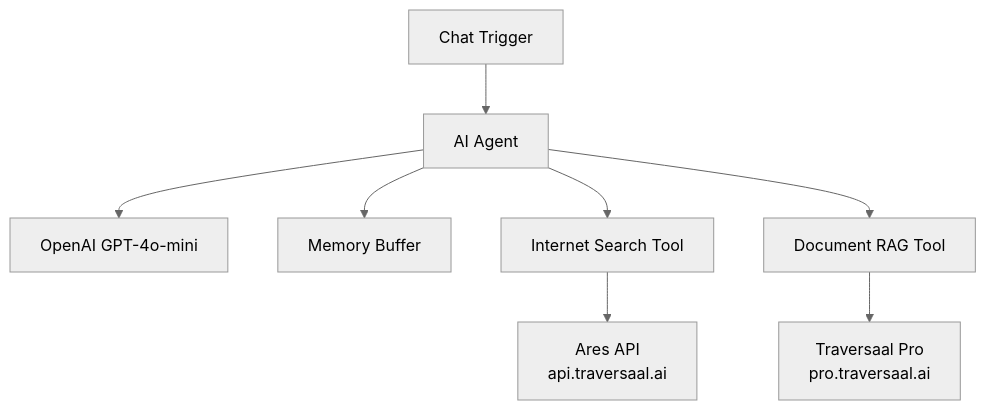
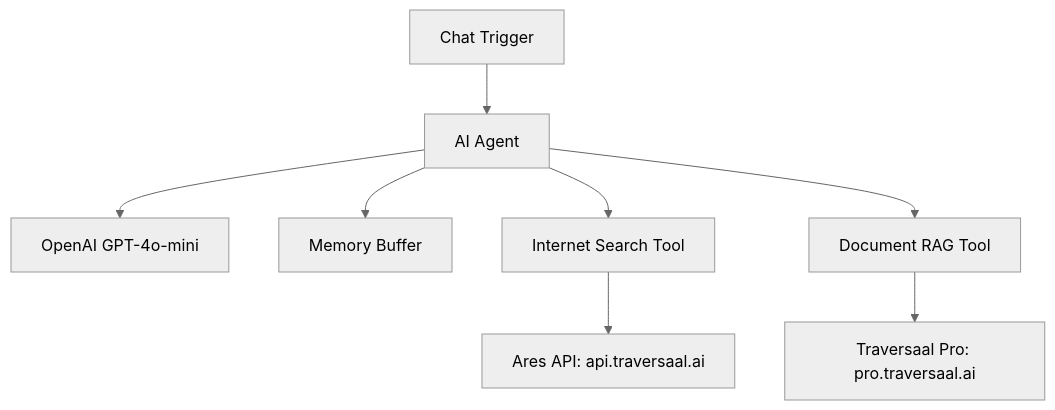
The diagram in simplest-rag-internet-search/readme.md (traversaal-ai/agents-in-action), drawn with Mermaid (neutral theme) before and after one commit.

````diff
--- a/simplest-rag-internet-search/readme.md
+++ b/simplest-rag-internet-search/readme.md
@@ -20,11 +20,11 @@
 ```mermaid
 graph TD
     A[Chat Trigger] --> B[AI Agent]
     B --> C[OpenAI GPT-4o-mini]
     B --> D[Memory Buffer]
     B --> E[Internet Search Tool]
     B --> F[Document RAG Tool]
 
-    E --> G[Ares API\napi.traversaal.ai]
-    F --> H[Traversaal Pro\npro.traversaal.ai]
+    E --> G[Ares API: api.traversaal.ai]
+    F --> H[Traversaal Pro: pro.traversaal.ai]
 ```
````
